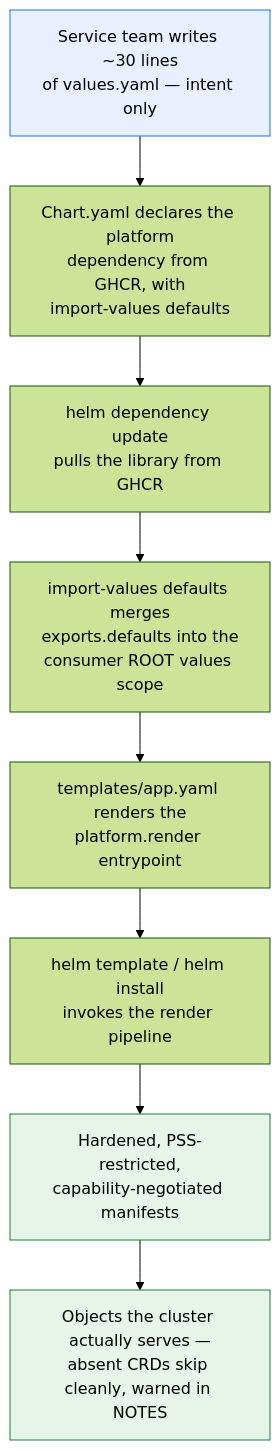
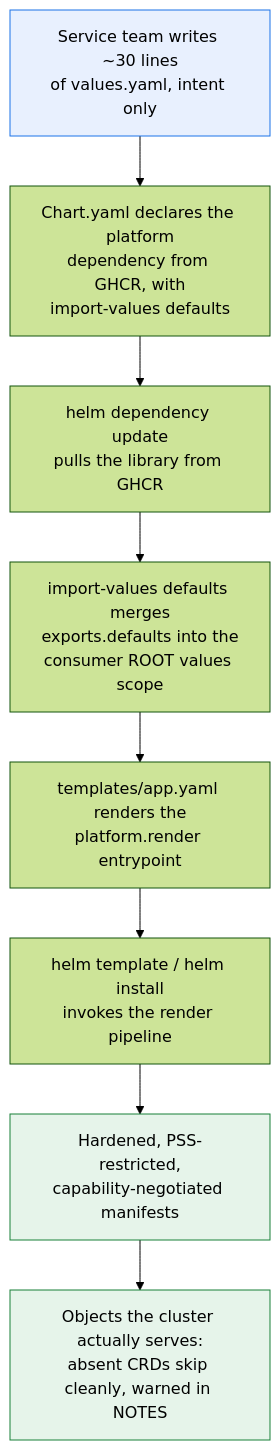
Before and after one commit to caretak3r/helm-factory: the first of 3 diagrams in site/docs/how-it-works/index.md, drawn with Mermaid (forest theme). The commit also changed other lines of this file and 2 other files, not shown here.

````diff
--- a/site/docs/how-it-works/index.md
+++ b/site/docs/how-it-works/index.md
@@ -19,14 +20,14 @@
 ```mermaid
 flowchart TD
-    A["Service team writes ~30 lines<br/>of values.yaml — intent only"] --> B["Chart.yaml declares the platform<br/>dependency from GHCR, with<br/>import-values defaults"]
+    A["Service team writes ~30 lines<br/>of values.yaml, intent only"] --> B["Chart.yaml declares the platform<br/>dependency from GHCR, with<br/>import-values defaults"]
     B --> C["helm dependency update<br/>pulls the library from GHCR"]
     C --> D["import-values defaults merges<br/>exports.defaults into the<br/>consumer ROOT values scope"]
     D --> E["templates/app.yaml renders the<br/>platform.render entrypoint"]
     E --> F["helm template / helm install<br/>invokes the render pipeline"]
     F --> G["Hardened, PSS-restricted,<br/>capability-negotiated manifests"]
-    G --> H["Objects the cluster actually serves —<br/>absent CRDs skip cleanly, warned in NOTES"]
+    G --> H["Objects the cluster actually serves:<br/>absent CRDs skip cleanly, warned in NOTES"]
 
     style A fill:#e8f0fe,stroke:#1a73e8,color:#000
     style G fill:#e6f4ea,stroke:#188038,color:#000
     style H fill:#e6f4ea,stroke:#188038,color:#000
 ```
````
